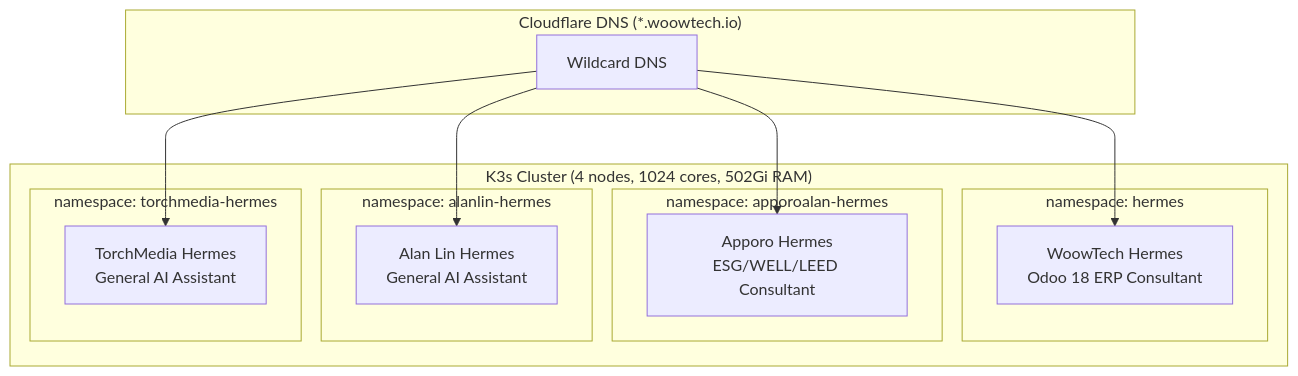
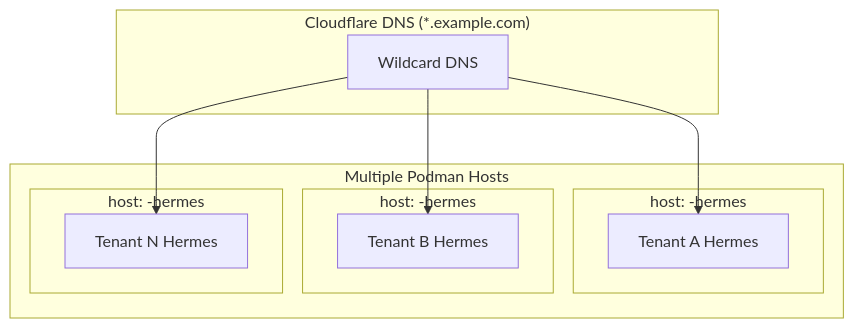
The second of 5 diagrams in README.md (WOOWTECH/Woow_podman_hermes), drawn with Mermaid before and after one commit. The commit also changed other lines of this file and 43 other files, not shown here.

First line of the commit message:
refactor(podman): remove hermes-webui service — v0.17.0 single-container

````diff
--- a/README.md
+++ b/README.md
@@ -164,26 +154,22 @@
 ```mermaid
 graph TB
-    subgraph CF["Cloudflare DNS (*.woowtech.io)"]
+    subgraph CF["Cloudflare DNS (*.example.com)"]
         DNS["Wildcard DNS"]
     end
 
-    subgraph K3s["K3s Cluster (4 nodes, 1024 cores, 502Gi RAM)"]
-        subgraph NS1["namespace: hermes"]
-            I1["WoowTech Hermes<br/>Odoo 18 ERP Consultant"]
+    subgraph Hosts["Multiple Podman Hosts"]
+        subgraph H1["host: <tenant-a>-hermes"]
+            I1["Tenant A Hermes"]
         end
-        subgraph NS2["namespace: apporoalan-hermes"]
-            I2["Apporo Hermes<br/>ESG/WELL/LEED Consultant"]
+        subgraph H2["host: <tenant-b>-hermes"]
+            I2["Tenant B Hermes"]
         end
-        subgraph NS3["namespace: alanlin-hermes"]
-            I3["Alan Lin Hermes<br/>General AI Assistant"]
-        end
-        subgraph NS4["namespace: torchmedia-hermes"]
-            I4["TorchMedia Hermes<br/>General AI Assistant"]
+        subgraph HN["host: <tenant-n>-hermes"]
+            IN["Tenant N Hermes"]
         end
     end
 
     DNS --> I1
     DNS --> I2
-    DNS --> I3
-    DNS --> I4
+    DNS --> IN
 ```
````
